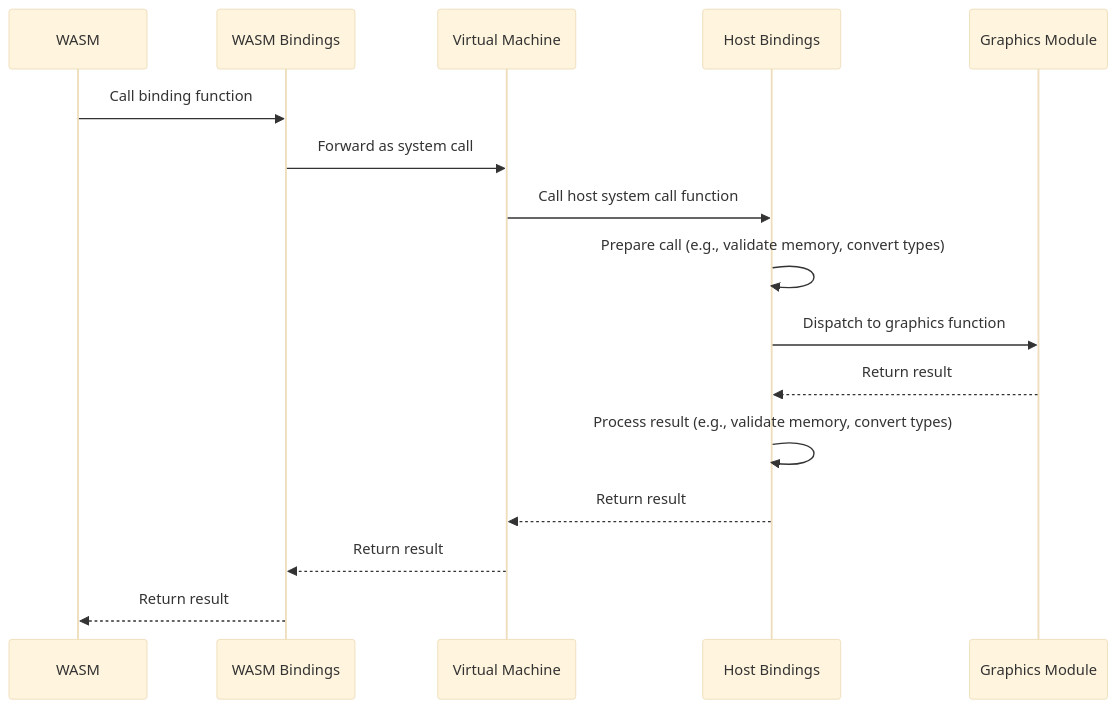
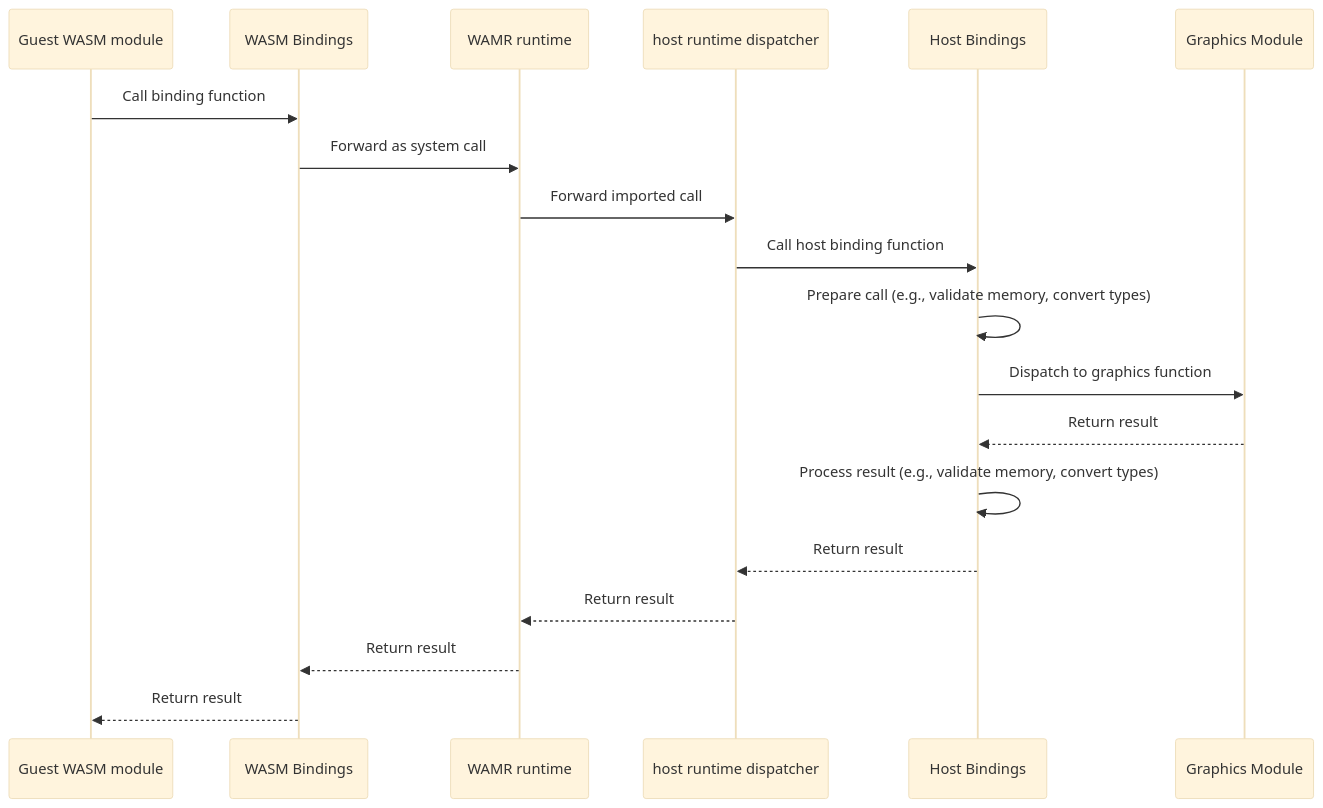
The second of 2 diagrams in src/guide/architecture/modules/bindings.md (Xila-Project/Website), drawn with Mermaid (base theme) before and after one commit. The commit also changed other lines of this file and 7 other files, not shown here.

Commit message:
feat: update architecture diagrams for modules with improved clarity and detail

````diff
--- a/src/guide/architecture/modules/bindings.md
+++ b/src/guide/architecture/modules/bindings.md
@@ -44,19 +50,22 @@
 ```mermaid
 sequenceDiagram
-    participant W as WASM
+    participant W as Guest WASM module
     participant B as WASM Bindings
-    participant VM as Virtual Machine
+    participant VM as WAMR runtime
+    participant H as host runtime dispatcher
     participant G as Host Bindings
     participant GM as Graphics Module
 
     W->>B: Call binding function
     B->>VM: Forward as system call
-    VM->>G: Call host system call function
+    VM->>H: Forward imported call
+    H->>G: Call host binding function
     G->>G: Prepare call (e.g., validate memory, convert types)
     G->>GM: Dispatch to graphics function
     GM-->>G: Return result
     G->>G: Process result (e.g., validate memory, convert types)
-    G-->>VM: Return result
+    G-->>H: Return result
+    H-->>VM: Return result
     VM-->>B: Return result
     B-->>W: Return result
 ```
````
